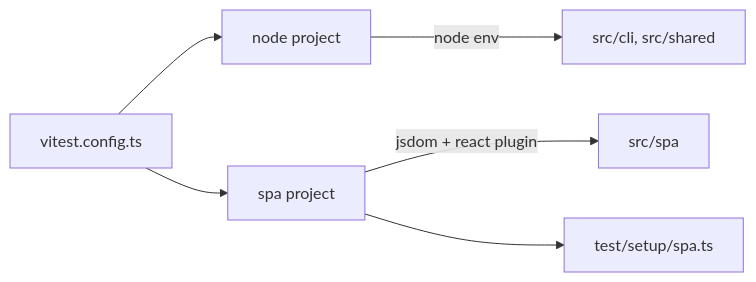
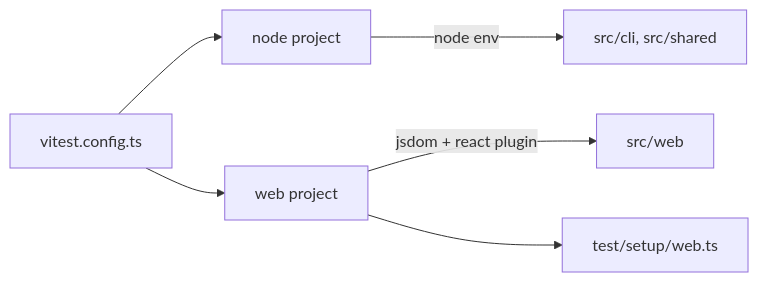
The diagram in lode/architecture/testing.md (dirkgroot/structurizr-site), drawn with Mermaid before and after one commit. The commit also changed other lines of this file and 55 other files, not shown here.

First line of the commit message:
refactor: rename the spa component to web

````diff
--- a/lode/architecture/testing.md
+++ b/lode/architecture/testing.md
@@ -18,8 +18,8 @@
 ```mermaid
 flowchart LR
     CFG[vitest.config.ts] --> NODE[node project]
-    CFG --> SPA[spa project]
+    CFG --> WEB[web project]
     NODE -->|node env| CLI[src/cli, src/shared]
-    SPA -->|jsdom + react plugin| REACT[src/spa]
-    SPA --> SETUP[test/setup/spa.ts]
+    WEB -->|jsdom + react plugin| REACT[src/web]
+    WEB --> SETUP[test/setup/web.ts]
 ```
````
